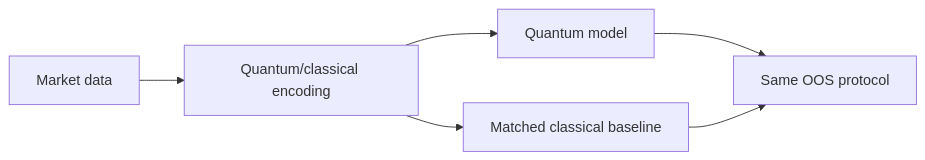
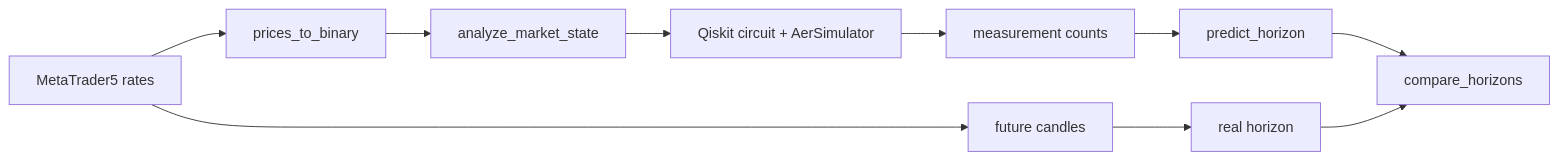
Before and after one commit to Shtenco/quantum-trading_metatrader5: the first of 2 diagrams in README.md, drawn with Mermaid. The commit also changed other lines of this file, not shown here.

Commit message:
docs: audit quantum trading prototype and document validation blocker

````diff
--- a/README.md
+++ b/README.md
@@ -67,8 +53,12 @@
 ```mermaid
 flowchart LR
-    DATA[Market data] --> ENC[Quantum/classical encoding]
-    ENC --> Q[Quantum model]
-    ENC --> C[Matched classical baseline]
-    Q --> COMP[Same OOS protocol]
-    C --> COMP
+    MT5[MetaTrader5 rates] --> BIN[prices_to_binary]
+    BIN --> AMS[analyze_market_state]
+    AMS --> Q[Qiskit circuit + AerSimulator]
+    Q --> COUNTS[measurement counts]
+    COUNTS --> H[predict_horizon]
+    MT5 --> FUT[future candles]
+    FUT --> REAL[real horizon]
+    H --> CMP[compare_horizons]
+    REAL --> CMP
 ```
````
